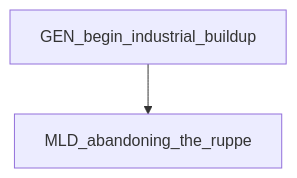
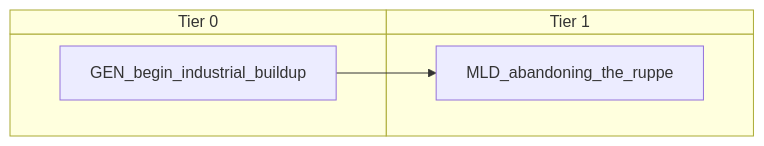
Before and after one commit to evgeny-sobol/hoi4-sandbox-mode-r56: the diagram in docs/gdd/National Focuses/r56_indian_ocean_shared.md, drawn with Mermaid. The commit also changed 423 other files, not shown here.

First line of the commit message:
Re-export Rt56 focus trees as swimlane diagrams

````diff
--- a/docs/gdd/National Focuses/r56_indian_ocean_shared.md
+++ b/docs/gdd/National Focuses/r56_indian_ocean_shared.md
@@ -3,6 +3,10 @@
 ```mermaid
-flowchart TD
-    n1["GEN_begin_industrial_buildup"]
-    n2["MLD_abandoning_the_ruppe"]
+swimlane-beta TD
+    subgraph tier_0["Tier 0"]
+        n1["GEN_begin_industrial_buildup"]
+    end
+    subgraph tier_1["Tier 1"]
+        n2["MLD_abandoning_the_ruppe"]
+    end
     n1 --> n2
 ```
````
